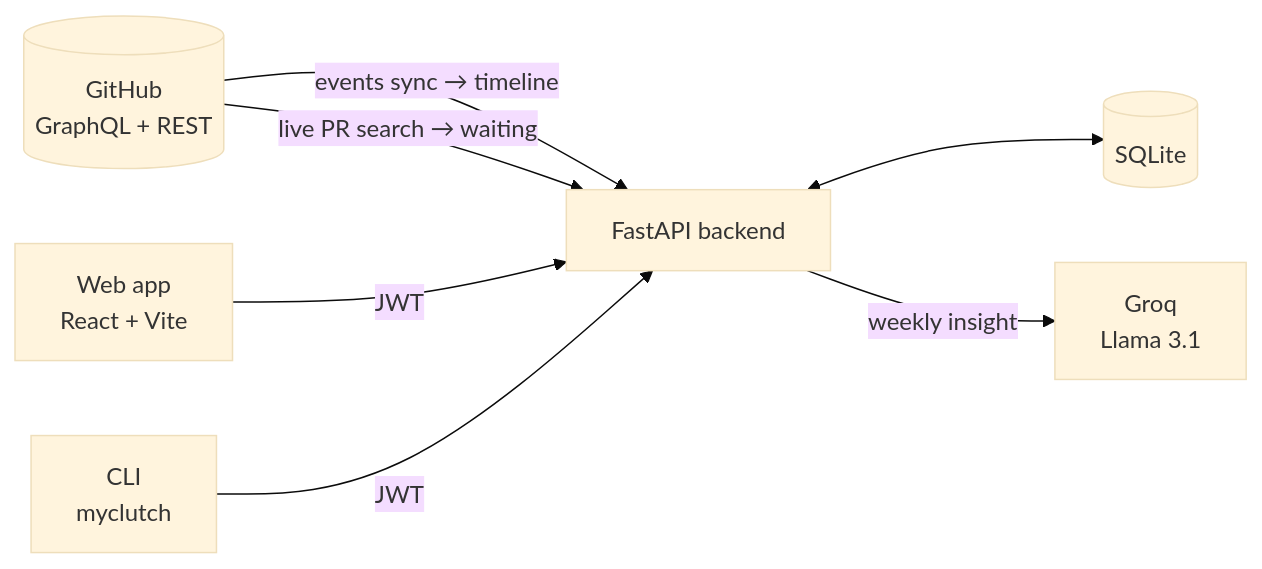
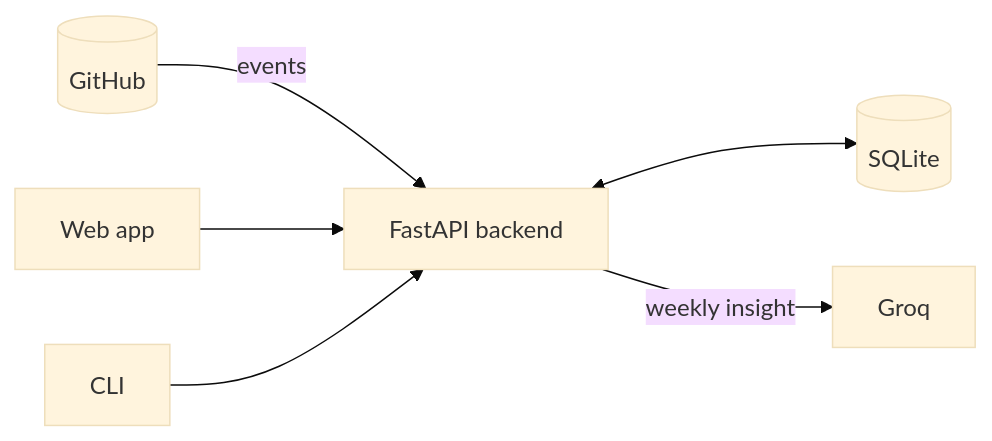
The diagram in README.md (laypatel13/clutch), drawn with Mermaid (base theme) before and after one commit. The commit also changed other lines of this file and 4 other files, not shown here.

````diff
--- a/README.md
+++ b/README.md
@@ -55,16 +41,15 @@
 ```mermaid
 flowchart LR
-    GH[("GitHub<br/>GraphQL + REST")]
+    GH[("GitHub")]
     API["FastAPI backend"]
     DB[("SQLite")]
-    AI["Groq<br/>Llama 3.1"]
-    WEB["Web app<br/>React + Vite"]
-    CLI["CLI<br/>myclutch"]
+    AI["Groq"]
+    WEB["Web app"]
+    CLI["CLI"]
 
-    GH -- "events sync → timeline" --> API
-    GH -- "live PR search → waiting" --> API
+    GH -- "events" --> API
     API <--> DB
     API -- "weekly insight" --> AI
-    WEB -- "JWT" --> API
-    CLI -- "JWT" --> API
+    WEB --> API
+    CLI --> API
 ```
````
